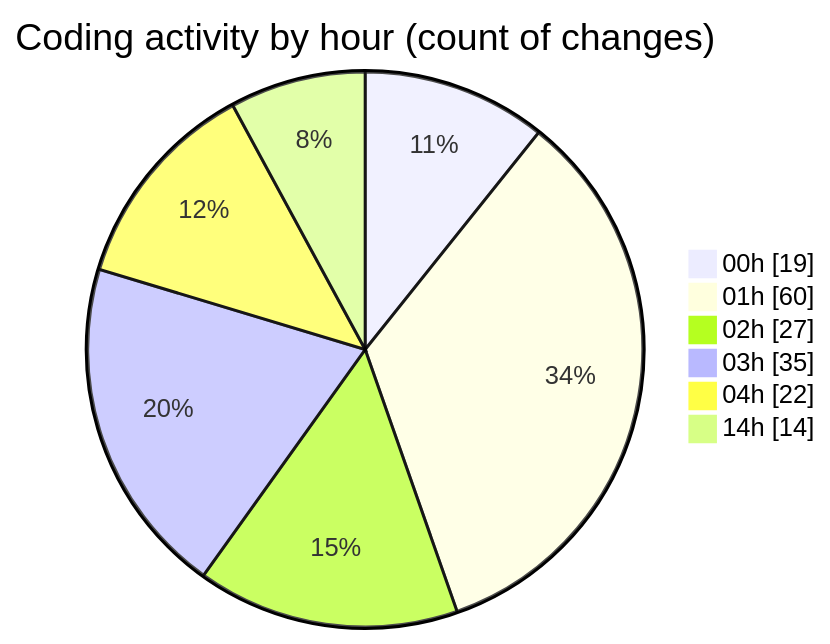
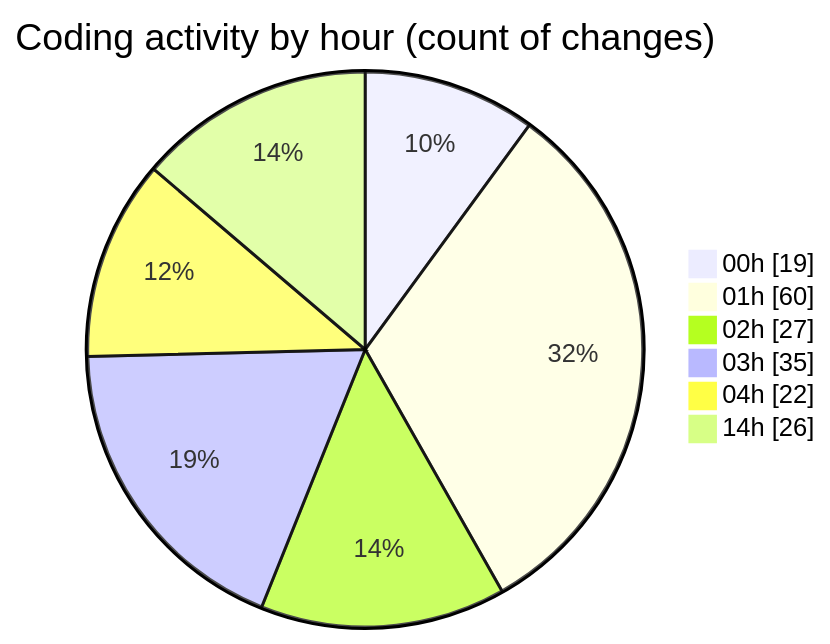
The second of 2 diagrams in 2025-07-25/quanlyrapchieuphim-1/README.md (lephambinh05/code-tracking), drawn with Mermaid before and after one commit. The commit also changed other lines of this file and 1 other file, not shown here.

````diff
--- a/2025-07-25/quanlyrapchieuphim-1/README.md
+++ b/2025-07-25/quanlyrapchieuphim-1/README.md
@@ -36,10 +36,10 @@
 ```mermaid
 pie showData
 title Coding activity by hour (count of changes)
 "00h" : 19
 "01h" : 60
 "02h" : 27
 "03h" : 35
 "04h" : 22
-"14h" : 14
+"14h" : 26
 ```
````
